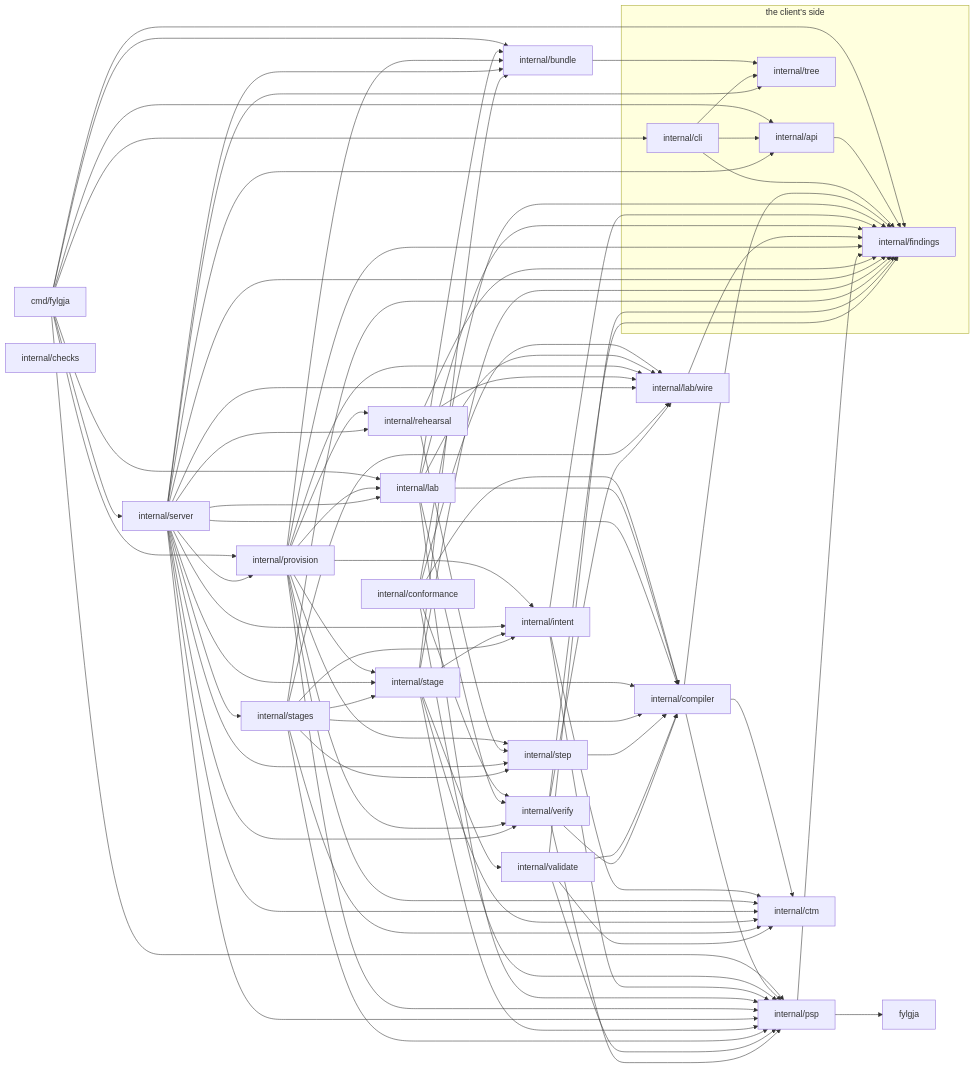
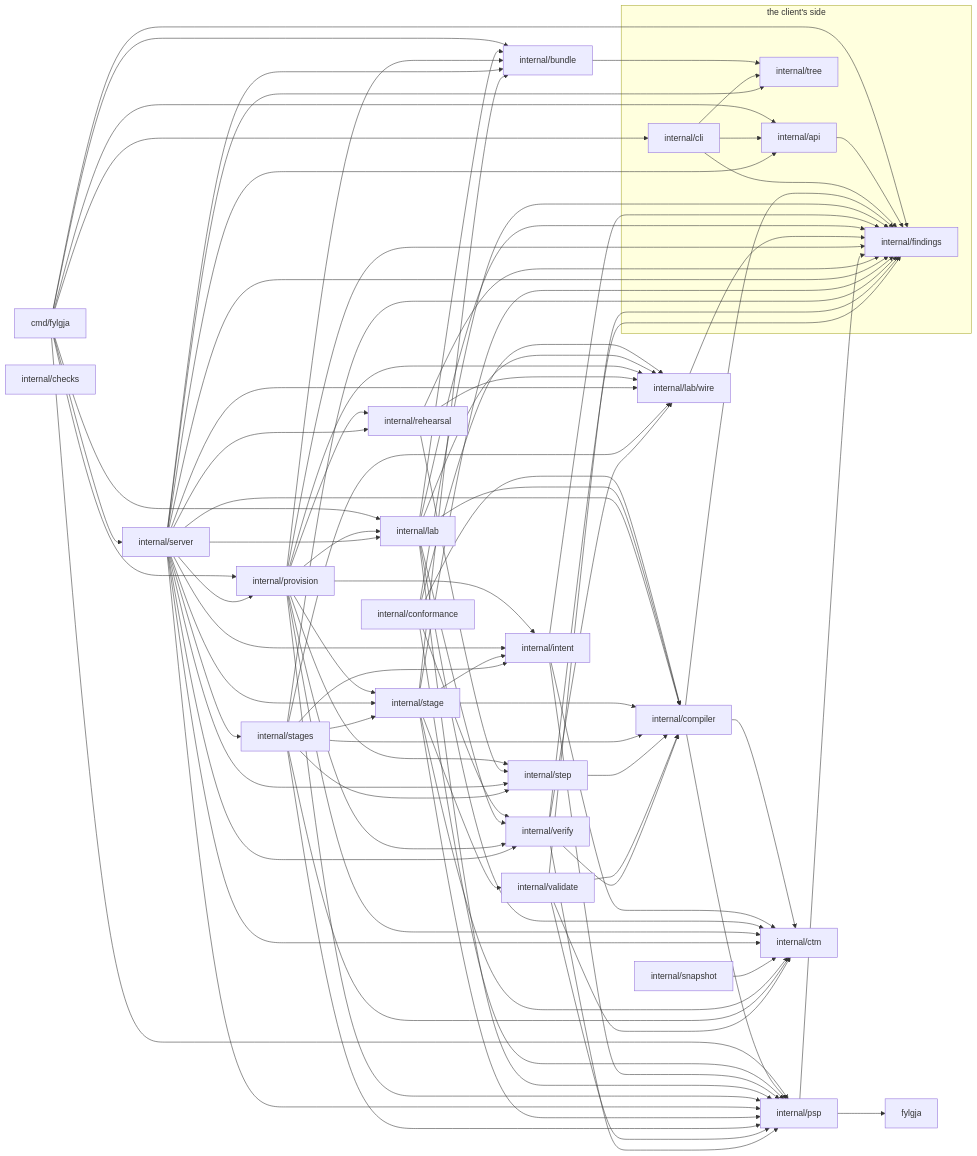
Before and after one commit to happypathnetworking/fylgja: the diagram in docs/development.md, drawn with Mermaid. The commit also changed 9 other files, not shown here.

```diff
--- a/docs/development.md
+++ b/docs/development.md
@@ -435,6 +435,7 @@
     internal_psp["internal/psp"]
     internal_rehearsal["internal/rehearsal"]
     internal_server["internal/server"]
+    internal_snapshot["internal/snapshot"]
     internal_stage["internal/stage"]
     internal_stages["internal/stages"]
     internal_step["internal/step"]
@@ -466,6 +467,7 @@
     internal_intent --> internal_psp
     internal_lab --> internal_bundle
     internal_lab --> internal_compiler
+    internal_lab --> internal_ctm
     internal_lab --> internal_findings
     internal_lab --> internal_lab_wire
     internal_lab --> internal_psp
@@ -503,6 +505,7 @@
     internal_server --> internal_step
     internal_server --> internal_tree
     internal_server --> internal_verify
+    internal_snapshot --> internal_ctm
     internal_stage --> internal_bundle
     internal_stage --> internal_compiler
     internal_stage --> internal_ctm
```
